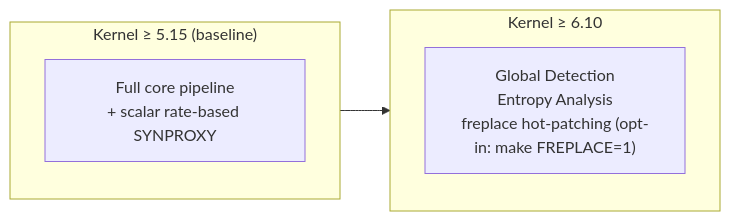
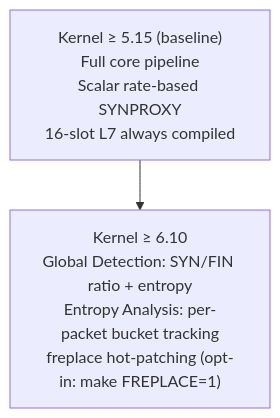
Before and after one commit to AnAverageBeing/pingless-studios-docs: the diagram in docs/openshield-xdp/architecture/kernel-gates.md, drawn with Mermaid. The commit also changed other lines of this file and 5 other files, not shown here.

Commit message:
docs: update OpenShield-XDP docs for final release - fix diagrams, add comparisons, polish landing page

````diff
--- a/docs/openshield-xdp/architecture/kernel-gates.md
+++ b/docs/openshield-xdp/architecture/kernel-gates.md
@@ -98,10 +98,6 @@
 ```mermaid
-flowchart LR
-    subgraph K515["Kernel ≥ 5.15 (baseline)"]
-        C["Full core pipeline<br/>+ scalar rate-based SYNPROXY"]
-    end
-    subgraph K610["Kernel ≥ 6.10"]
-        D["Global Detection<br/>Entropy Analysis<br/>freplace hot-patching (opt-in: make FREPLACE=1)"]
-    end
+flowchart TD
+    K515["Kernel ≥ 5.15 (baseline)<br/>Full core pipeline<br/>Scalar rate-based SYNPROXY<br/>16-slot L7 always compiled"]
+    K610["Kernel ≥ 6.10<br/>Global Detection: SYN/FIN ratio + entropy<br/>Entropy Analysis: per-packet bucket tracking<br/>freplace hot-patching (opt-in: make FREPLACE=1)"]
     K515 --> K610
 ```
````
